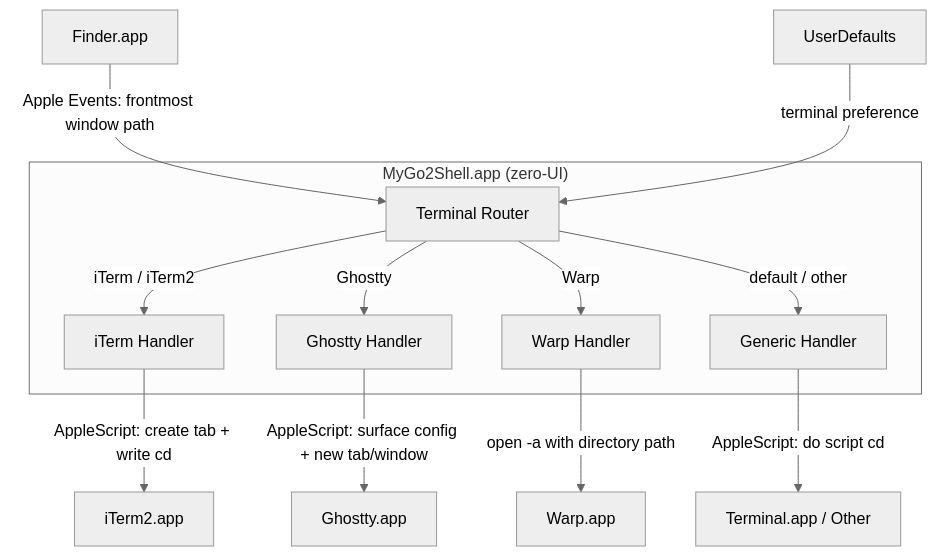
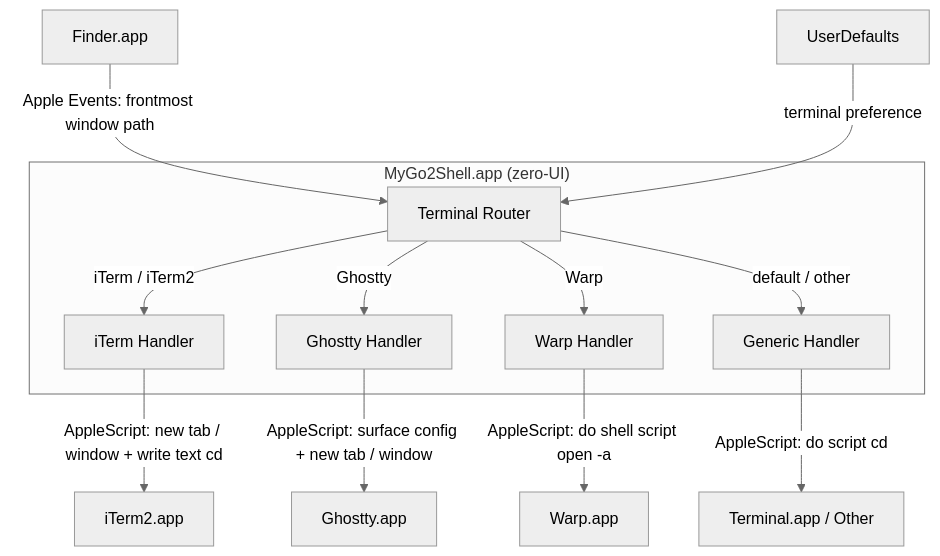
Before and after one commit to yuman07/MyGo2Shell: the diagram in README.md, drawn with Mermaid (neutral theme). The commit also changed other lines of this file and 1 other file, not shown here.

````diff
--- a/README.md
+++ b/README.md
@@ -202,17 +202,17 @@
 ```mermaid
 graph TD
     Finder[Finder.app] -->|"Apple Events: frontmost window path"| Router
     UD[UserDefaults] -->|"terminal preference"| Router
 
     subgraph App["MyGo2Shell.app (zero-UI)"]
         Router[Terminal Router] -->|"iTerm / iTerm2"| IH[iTerm Handler]
         Router -->|"Ghostty"| GtH[Ghostty Handler]
         Router -->|"Warp"| WH[Warp Handler]
         Router -->|"default / other"| GH[Generic Handler]
     end
 
-    IH -->|"AppleScript: create tab + write cd"| iTerm[iTerm2.app]
-    GtH -->|"AppleScript: surface config + new tab/window"| Ghostty[Ghostty.app]
-    WH -->|"open -a with directory path"| Warp[Warp.app]
+    IH -->|"AppleScript: new tab / window + write text cd"| iTerm[iTerm2.app]
+    GtH -->|"AppleScript: surface config + new tab / window"| Ghostty[Ghostty.app]
+    WH -->|"AppleScript: do shell script open -a"| Warp[Warp.app]
     GH -->|"AppleScript: do script cd"| Term["Terminal.app / Other"]
 ```
````
